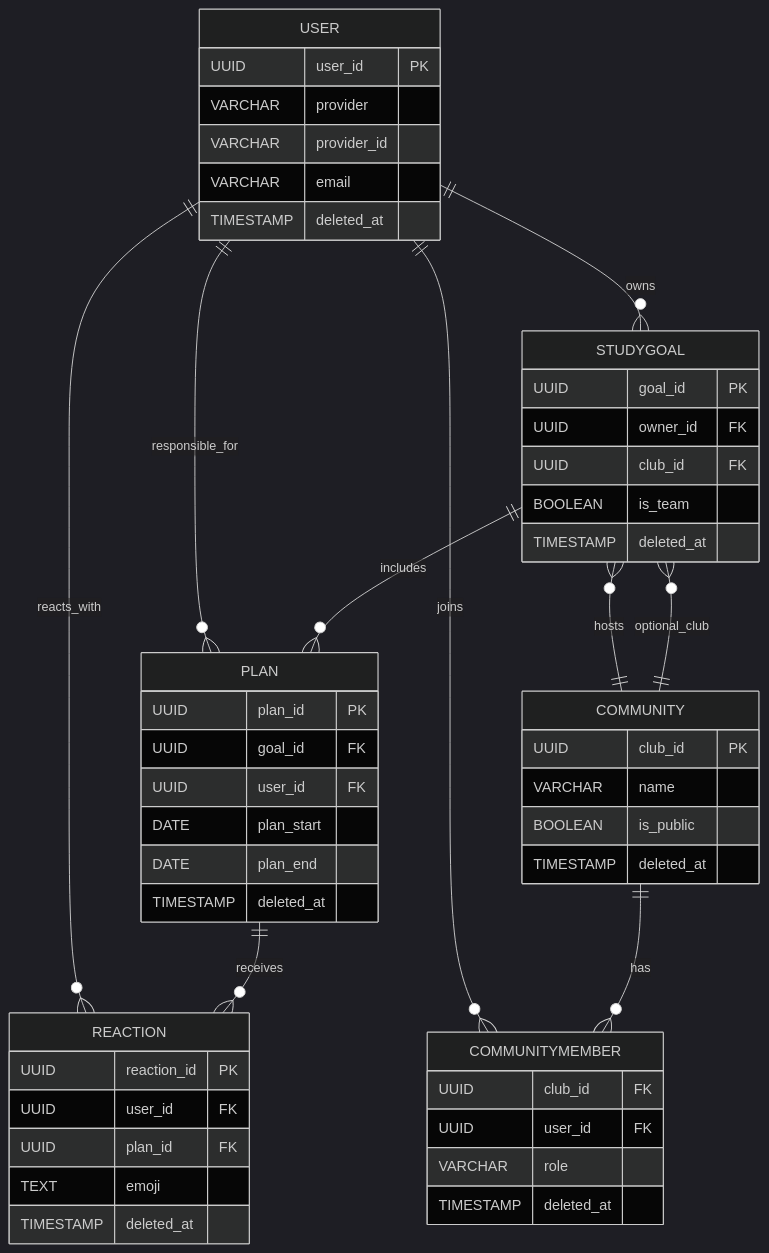
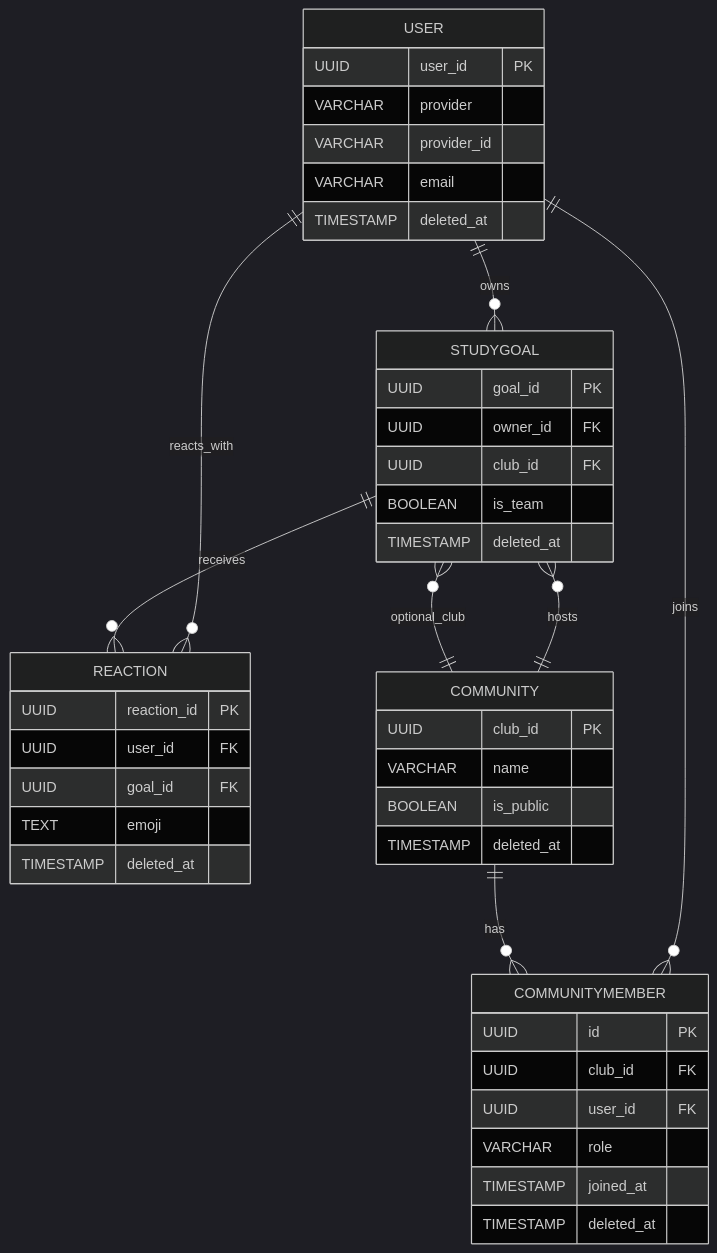
Before and after one commit to FRONTENDBOOTCAMP-14th/react_project_1: the diagram in docs/data-model.md, drawn with Mermaid (dark theme). The commit also changed other lines of this file and 14 other files, not shown here.

Commit message:
init: db schema && test api

````diff
--- a/docs/data-model.md
+++ b/docs/data-model.md
@@ -5,54 +5,46 @@
 ```mermaid
 erDiagram
     USER {
         UUID user_id PK
         VARCHAR provider
         VARCHAR provider_id
         VARCHAR email
         TIMESTAMP deleted_at
     }
     STUDYGOAL {
         UUID goal_id PK
         UUID owner_id FK
         UUID club_id FK
         BOOLEAN is_team
         TIMESTAMP deleted_at
     }
-    PLAN {
-        UUID plan_id PK
-        UUID goal_id FK
-        UUID user_id FK
-        DATE plan_start
-        DATE plan_end
-        TIMESTAMP deleted_at
-    }
     REACTION {
         UUID reaction_id PK
         UUID user_id FK
-        UUID plan_id FK
+        UUID goal_id FK
         TEXT emoji
         TIMESTAMP deleted_at
     }
     COMMUNITY {
         UUID club_id PK
         VARCHAR name
         BOOLEAN is_public
         TIMESTAMP deleted_at
     }
     COMMUNITYMEMBER {
+        UUID id PK
         UUID club_id FK
         UUID user_id FK
         VARCHAR role
+        TIMESTAMP joined_at
         TIMESTAMP deleted_at
     }
 
     USER ||--o{ STUDYGOAL : owns
-    STUDYGOAL ||--o{ PLAN : includes
-    USER ||--o{ PLAN : responsible_for
-    PLAN ||--o{ REACTION : receives
+    STUDYGOAL ||--o{ REACTION : receives
     USER ||--o{ REACTION : reacts_with
     COMMUNITY ||--o{ STUDYGOAL : hosts
     STUDYGOAL }o--|| COMMUNITY : optional_club
     COMMUNITY ||--o{ COMMUNITYMEMBER : has
     USER ||--o{ COMMUNITYMEMBER : joins
 ```
````
